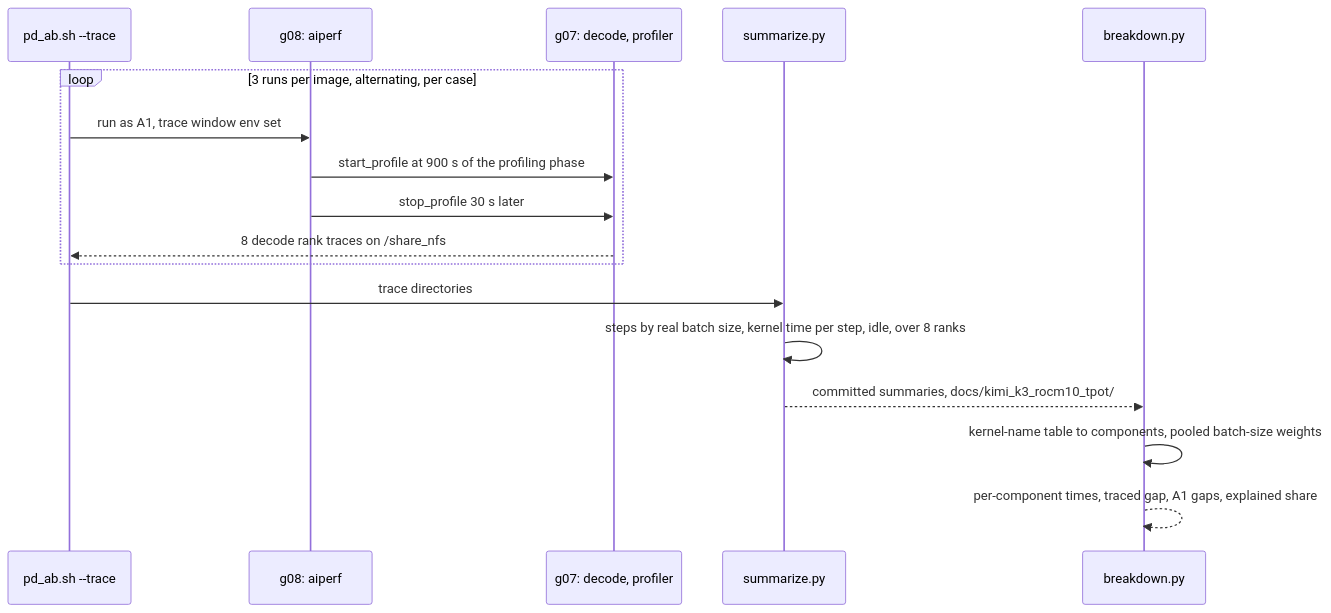
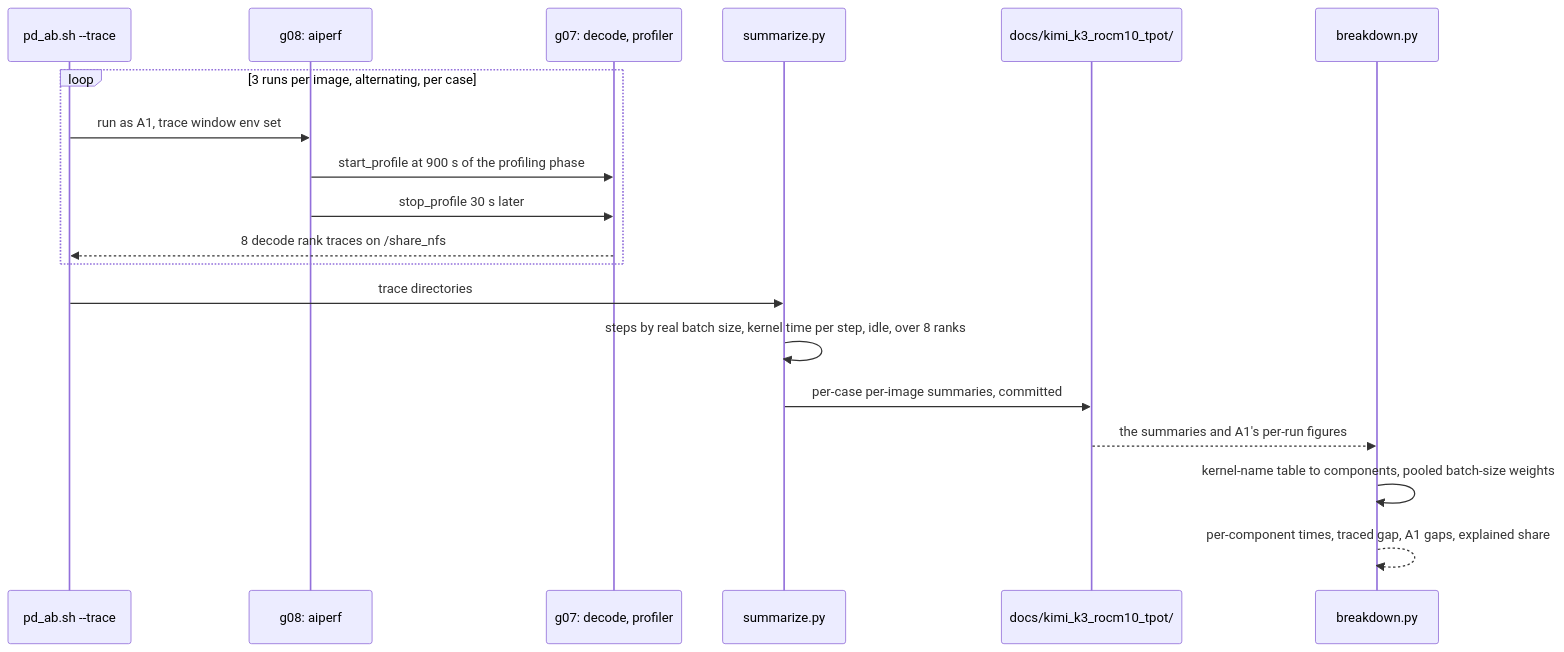
One commit to junyyang-amd/ATOM changed the second of 3 diagrams in docs/kimi_k3_rocm10_tpot.md. Above: the diagram before and after it, drawn with Mermaid. The commit also changed other lines of this file, not shown here.

First line of the commit message:
docs: Kimi-K3 TPOT design: reuse run_container_rank's setup, keep g07 free of the gate, commit A1 figures

````diff
--- a/docs/kimi_k3_rocm10_tpot.md
+++ b/docs/kimi_k3_rocm10_tpot.md
@@ -53,19 +58,21 @@
 ```mermaid
 sequenceDiagram
     participant L as pd_ab.sh --trace
     participant P as g08: aiperf
     participant D as g07: decode, profiler
     participant Z as summarize.py
+    participant F as docs/kimi_k3_rocm10_tpot/
     participant K as breakdown.py
     loop 3 runs per image, alternating, per case
         L->>P: run as A1, trace window env set
         P->>D: start_profile at 900 s of the profiling phase
         P->>D: stop_profile 30 s later
         D-->>L: 8 decode rank traces on /share_nfs
     end
     L->>Z: trace directories
     Z->>Z: steps by real batch size, kernel time per step, idle, over 8 ranks
-    Z-->>K: committed summaries, docs/kimi_k3_rocm10_tpot/
+    Z->>F: per-case per-image summaries, committed
+    F-->>K: the summaries and A1's per-run figures
     K->>K: kernel-name table to components, pooled batch-size weights
     K-->>K: per-component times, traced gap, A1 gaps, explained share
 ```
````
